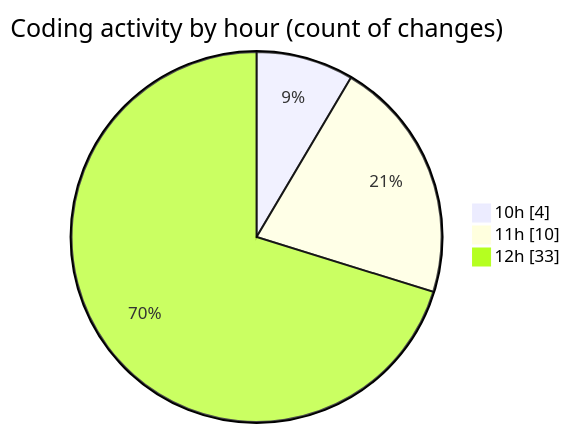
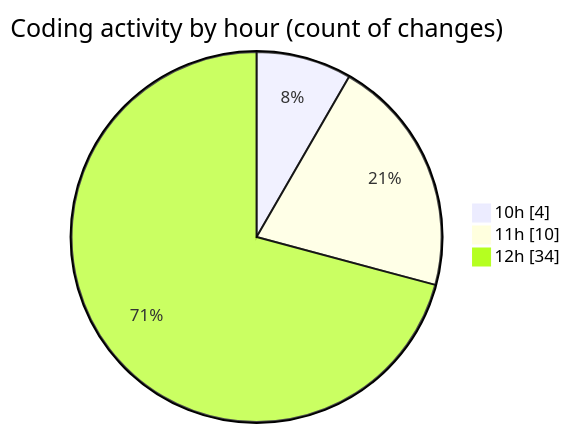
The second of 2 diagrams in 2026-03-05/nxtqube_webapp/README.md (nxtqubesakshisongat/code-tracking), drawn with Mermaid before and after one commit. The commit also changed other lines of this file and 1 other file, not shown here.

````diff
--- a/2026-03-05/nxtqube_webapp/README.md
+++ b/2026-03-05/nxtqube_webapp/README.md
@@ -29,7 +29,7 @@
 ```mermaid
 pie showData
 title Coding activity by hour (count of changes)
 "10h" : 4
 "11h" : 10
-"12h" : 33
+"12h" : 34
 ```
````
